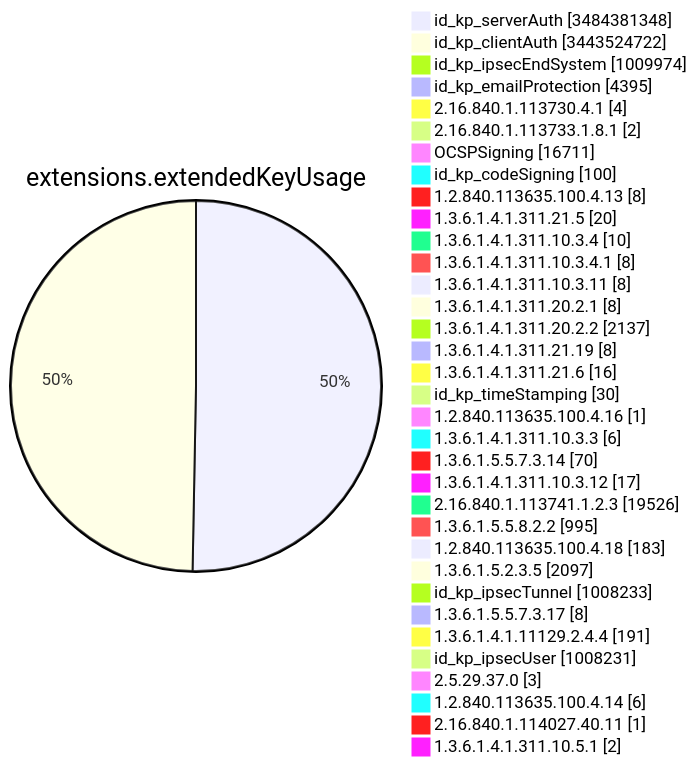
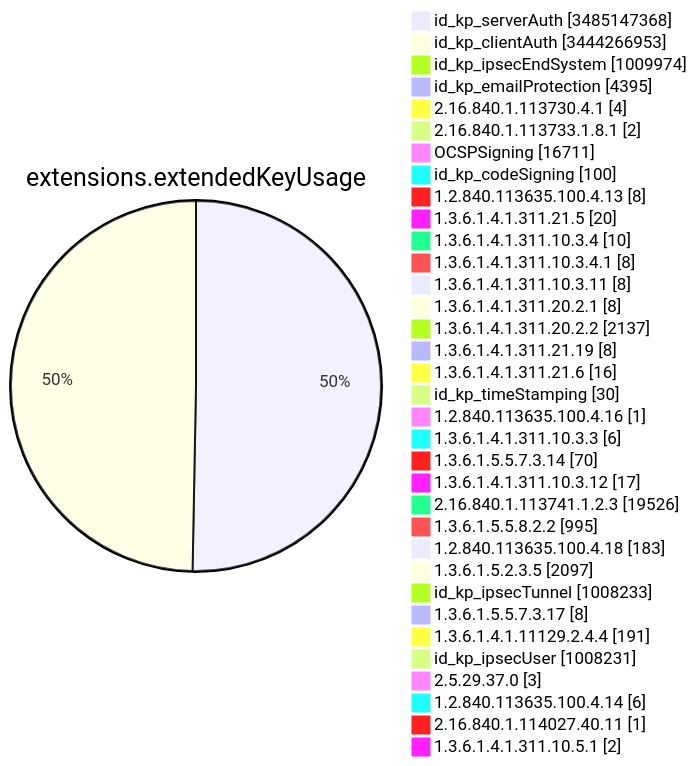
One commit to christiankrug/ctmonitor_visualization changed diagram 11 of 15 in TOTAL/README.md. Above: the diagram before and after it, drawn with Mermaid. The commit also changed other lines of this file, not shown here.

````diff
--- a/TOTAL/README.md
+++ b/TOTAL/README.md
@@ -4124,38 +4124,38 @@
 ```mermaid
 pie showData
 title extensions.extendedKeyUsage
-"id_kp_serverAuth" :3484381348
-"id_kp_clientAuth" :3443524722
+"id_kp_serverAuth" :3485147368
+"id_kp_clientAuth" :3444266953
 "id_kp_ipsecEndSystem" :1009974
 "id_kp_emailProtection" :4395
 "2.16.840.1.113730.4.1" :4
 "2.16.840.1.113733.1.8.1" :2
 "OCSPSigning" :16711
 "id_kp_codeSigning" :100
 "1.2.840.113635.100.4.13" :8
 "1.3.6.1.4.1.311.21.5" :20
 "1.3.6.1.4.1.311.10.3.4" :10
 "1.3.6.1.4.1.311.10.3.4.1" :8
 "1.3.6.1.4.1.311.10.3.11" :8
 "1.3.6.1.4.1.311.20.2.1" :8
 "1.3.6.1.4.1.311.20.2.2" :2137
 "1.3.6.1.4.1.311.21.19" :8
 "1.3.6.1.4.1.311.21.6" :16
 "id_kp_timeStamping" :30
 "1.2.840.113635.100.4.16" :1
 "1.3.6.1.4.1.311.10.3.3" :6
 "1.3.6.1.5.5.7.3.14" :70
 "1.3.6.1.4.1.311.10.3.12" :17
 "2.16.840.1.113741.1.2.3" :19526
 "1.3.6.1.5.5.8.2.2" :995
 "1.2.840.113635.100.4.18" :183
 "1.3.6.1.5.2.3.5" :2097
 "id_kp_ipsecTunnel" :1008233
 "1.3.6.1.5.5.7.3.17" :8
 "1.3.6.1.4.1.11129.2.4.4" :191
 "id_kp_ipsecUser" :1008231
 "2.5.29.37.0" :3
 "1.2.840.113635.100.4.14" :6
 "2.16.840.1.114027.40.11" :1
 "1.3.6.1.4.1.311.10.5.1" :2
 ```
````
